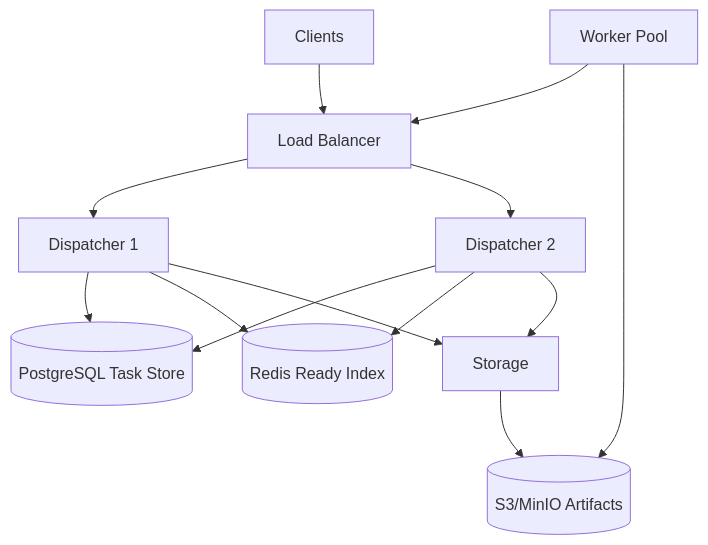
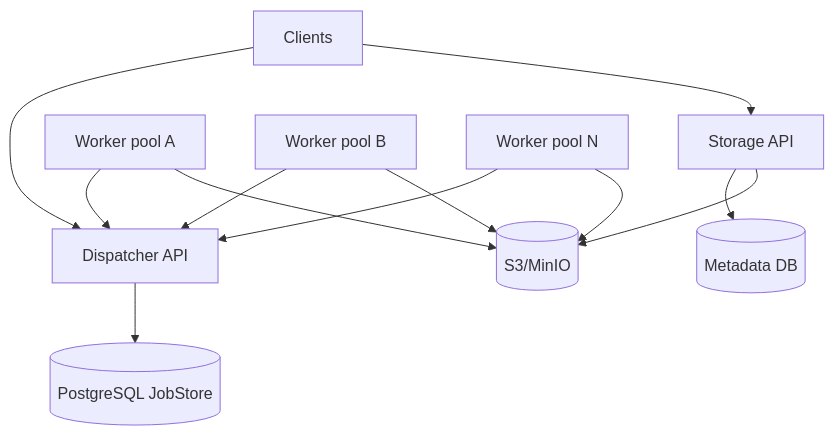
One commit to RESBI/StockStatistic changed the ninth of 10 diagrams in V31design/designV31/DESIGN_ARCH_V31.md. Above: the diagram before and after it, drawn with Mermaid. The commit also changed other lines of this file and 18 other files, not shown here.

Commit message:
V3.1 docs: finalize architecture and delivery plan

````diff
--- a/V31design/designV31/DESIGN_ARCH_V31.md
+++ b/V31design/designV31/DESIGN_ARCH_V31.md
@@ -460,15 +398,14 @@
 ```mermaid
-graph TB
-    C[Clients] --> LB[Load Balancer]
-    LB --> D1[Dispatcher 1]
-    LB --> D2[Dispatcher 2]
-    D1 --> PG[(PostgreSQL Task Store)]
-    D2 --> PG
-    D1 --> R[(Redis Ready Index)]
-    D2 --> R
-    D1 --> S[Storage]
-    D2 --> S
-    W[Worker Pool] --> LB
-    W --> O[(S3/MinIO Artifacts)]
-    S --> O
+flowchart TB
+    C[Clients] --> D[Dispatcher API]
+    D --> J[(PostgreSQL JobStore)]
+    C --> S[Storage API]
+    S --> M[(Metadata DB)]
+    S --> O[(S3/MinIO)]
+    W1[Worker pool A] --> D
+    W2[Worker pool B] --> D
+    WN[Worker pool N] --> D
+    W1 --> O
+    W2 --> O
+    WN --> O
 ```
````
